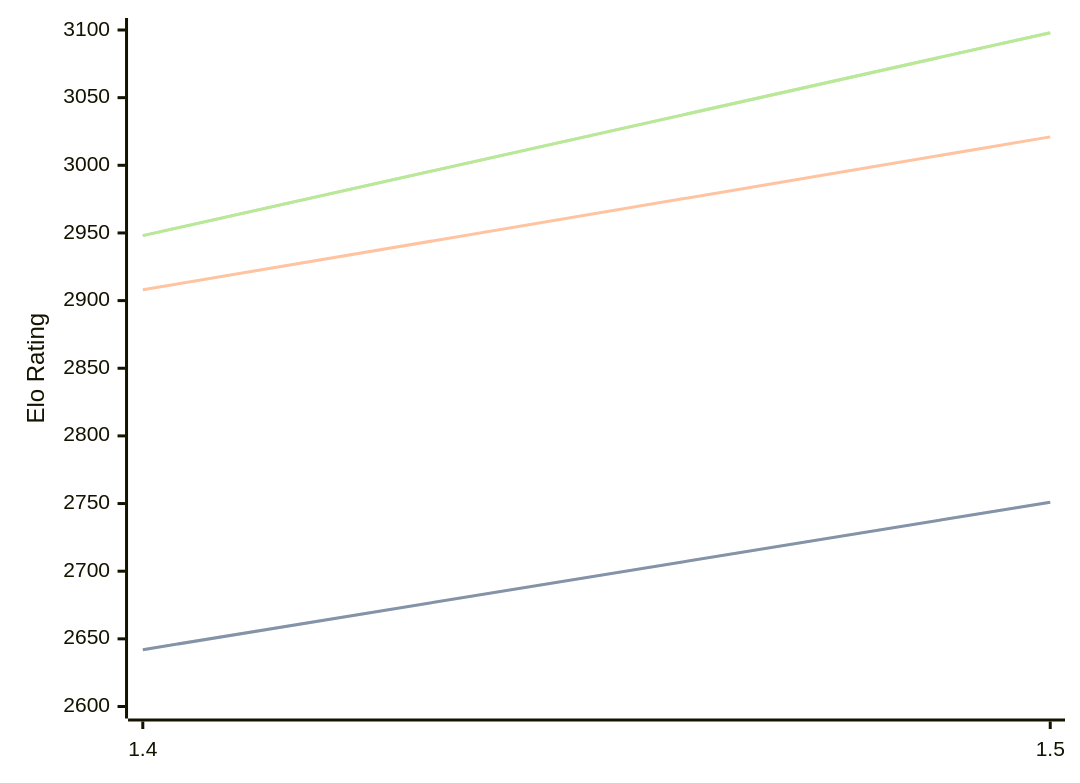
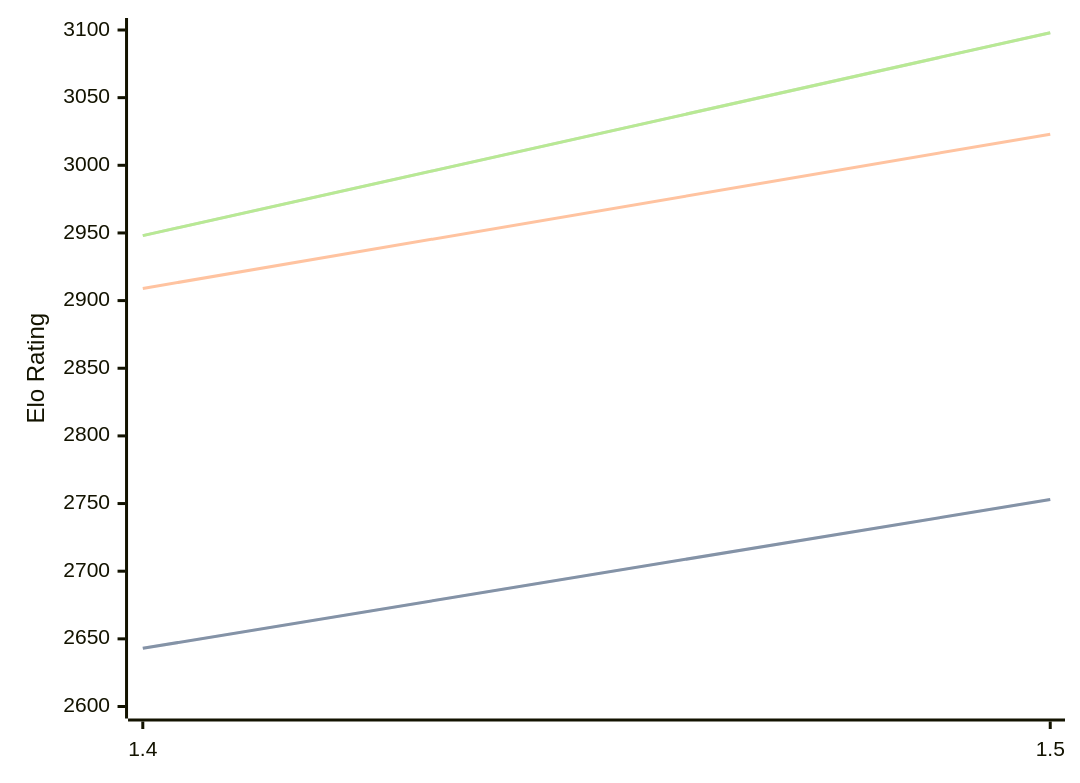
The third of 3 diagrams in engines/Yakka.md (computer-chess-index/cci), drawn with Mermaid before and after one commit. The commit also changed other lines of this file, not shown here.

````diff
--- a/engines/Yakka.md
+++ b/engines/Yakka.md
@@ -69,11 +69,11 @@
 ```mermaid
 %%{init: {"theme":"base","themeVariables":{"seriesColors:['#a3a3a3','#222221','#faa371']}}}%%
 xychart-beta
   x-axis ["1.4", "1.5"]
   y-axis "Elo Rating" 2600 --> 3100
-  line "STC (8.0+0.08s)" [2642, 2751]
-  line "STC (8.0+0.08s)" [2642, 2751]
-  line "LTC (60.0+0.60s)" [2908, 3021]
+  line "STC (8.0+0.08s)" [2643, 2753]
+  line "STC (8.0+0.08s)" [2643, 2753]
+  line "LTC (60.0+0.60s)" [2909, 3023]
   line "VLTC (2m24s+1.12s)" [2948, 3098]
   line "VLTC (2m24s+1.12s)" [2948, 3098]
 ```
````
